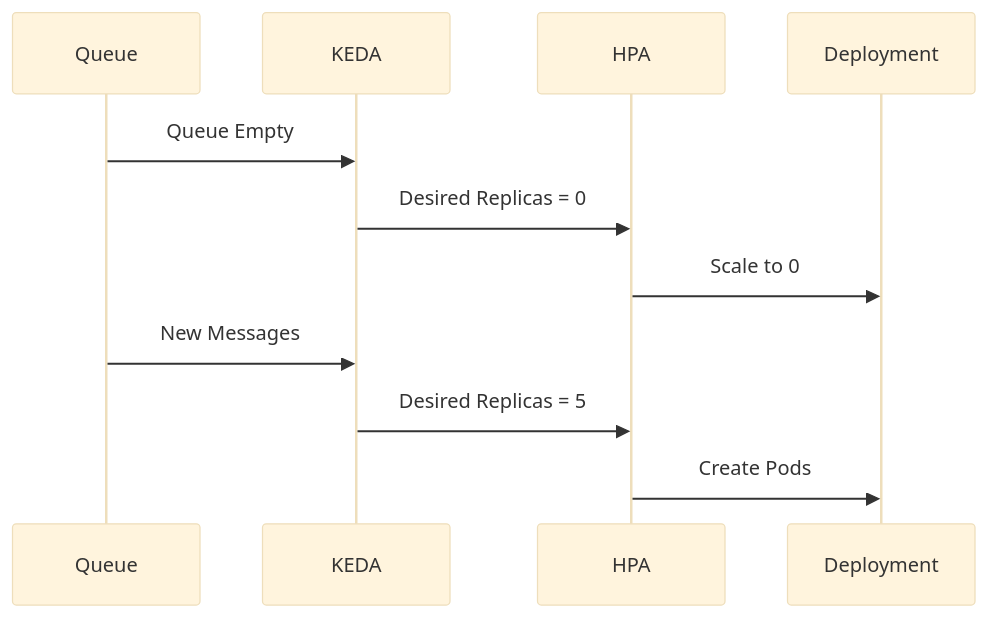
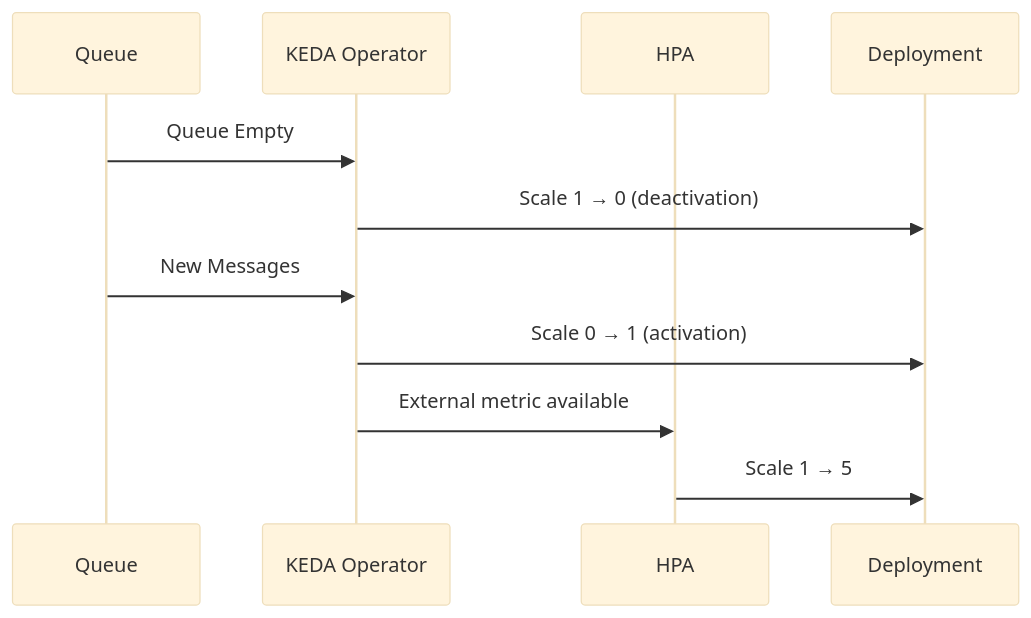
Before and after one commit to user-cube/k8s-autoscaling: the second of 2 diagrams in content/07 - KEDA/12 - Scale to Zero.md, drawn with Mermaid (base theme). The commit also changed other lines of this file and 14 other files, not shown here.

````diff
--- a/content/07 - KEDA/12 - Scale to Zero.md
+++ b/content/07 - KEDA/12 - Scale to Zero.md
@@ -160,20 +154,15 @@
 ```mermaid
 sequenceDiagram
 
 participant Queue
-participant KEDA
+participant KEDA as KEDA Operator
 participant HPA
 participant Deployment
 
 Queue->>KEDA: Queue Empty
-
-KEDA->>HPA: Desired Replicas = 0
-
-HPA->>Deployment: Scale to 0
-
+KEDA->>Deployment: Scale 1 → 0 (deactivation)
 Queue->>KEDA: New Messages
-
-KEDA->>HPA: Desired Replicas = 5
-
-HPA->>Deployment: Create Pods
+KEDA->>Deployment: Scale 0 → 1 (activation)
+KEDA->>HPA: External metric available
+HPA->>Deployment: Scale 1 → 5
 ```
````
